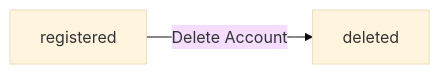
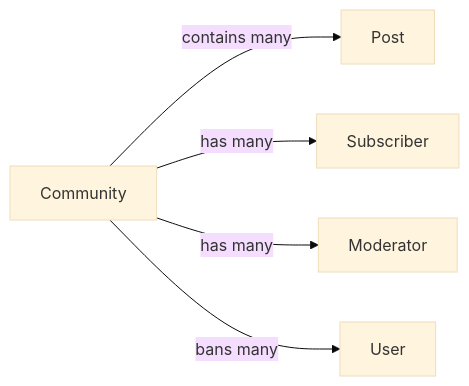
One commit to wrtnlabs/autobe-examples changed the fifth of 6 diagrams in qwen/qwen3.5-122b-a10b/reddit/docs/analysis/02-domain-model.md. Above: the diagram before and after it, drawn with Mermaid (base theme). The commit also changed other lines of this file and 32093 other files, not shown here.

````diff
--- a/qwen/qwen3.5-122b-a10b/reddit/docs/analysis/02-domain-model.md
+++ b/qwen/qwen3.5-122b-a10b/reddit/docs/analysis/02-domain-model.md
@@ -1514,4 +246,7 @@
 ```mermaid
 flowchart LR
-    A["registered"] -->|"Delete Account"| B["deleted"]
+    A["Community"] -->|"contains many"| B["Post"]
+    A -->|"has many"| C["Subscriber"]
+    A -->|"has many"| D["Moderator"]
+    A -->|"bans many"| E["User"]
 ```
````
